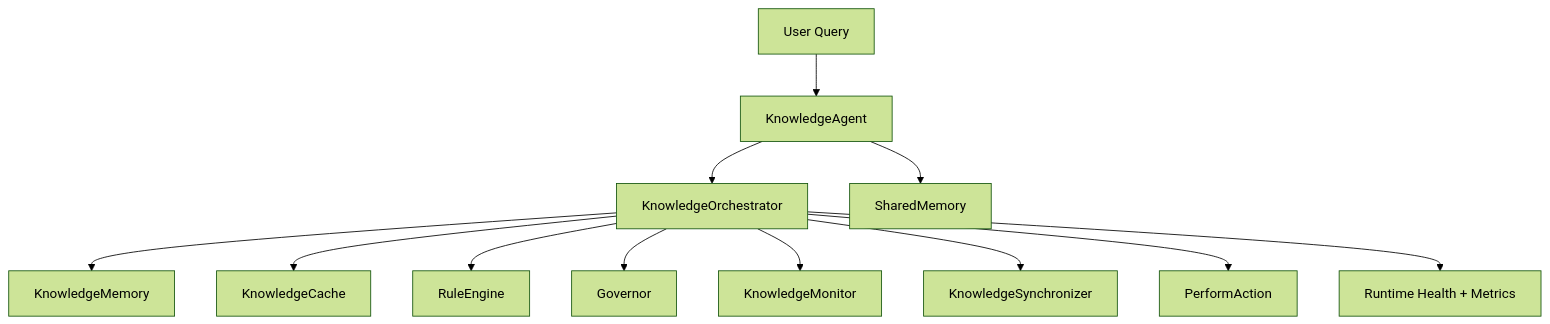
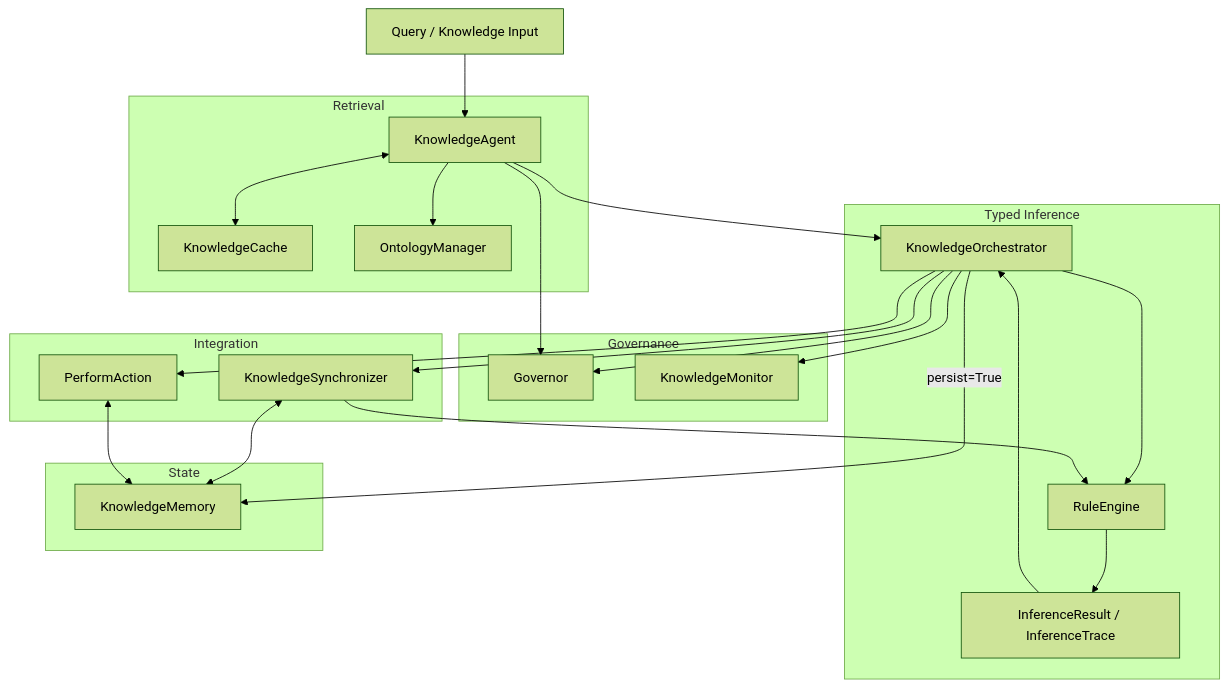
One commit to The-Outsider-97/SLAI changed the diagram in src/agents/knowledge/README.md. Above: the diagram before and after it, drawn with Mermaid (forest theme). The commit also changed other lines of this file, not shown here.

````diff
--- a/src/agents/knowledge/README.md
+++ b/src/agents/knowledge/README.md
@@ -71,16 +123,50 @@
 ```mermaid
-graph TD
-    U[User Query] --> KA[KnowledgeAgent]
-    KA --> KO[KnowledgeOrchestrator]
+flowchart TD
+    Q[Query / Knowledge Input]
 
-    KO --> KM[KnowledgeMemory]
-    KO --> KC[KnowledgeCache]
-    KO --> RE[RuleEngine]
-    KO --> GOV[Governor]
-    KO --> MON[KnowledgeMonitor]
-    KO --> SYNC[KnowledgeSynchronizer]
-    KO --> ACT[PerformAction]
+    subgraph Retrieval["Retrieval"]
+        KA[KnowledgeAgent]
+        CACHE[KnowledgeCache]
+        ONT[OntologyManager]
+    end
 
-    KA --> SHM[SharedMemory]
-    KO --> RT[Runtime Health + Metrics]
+    subgraph Inference["Typed Inference"]
+        ORCH[KnowledgeOrchestrator]
+        RE[RuleEngine]
+        IR[InferenceResult / InferenceTrace]
+    end
+
+    subgraph State["State"]
+        MEM[KnowledgeMemory]
+    end
+
+    subgraph Governance["Governance"]
+        GOV[Governor]
+        MON[KnowledgeMonitor]
+    end
+
+    subgraph Integration["Integration"]
+        SYNC[KnowledgeSynchronizer]
+        ACT[PerformAction]
+    end
+
+    Q --> KA
+    KA <--> CACHE
+    KA --> ONT
+    KA --> GOV
+
+    KA --> ORCH
+    ORCH --> RE
+    RE --> IR
+    IR --> ORCH
+
+    ORCH -->|persist=True| MEM
+    ORCH --> GOV
+    ORCH --> MON
+    ORCH --> SYNC
+    ORCH --> ACT
+
+    SYNC <--> MEM
+    SYNC --> RE
+    ACT <--> MEM
 ```
````
